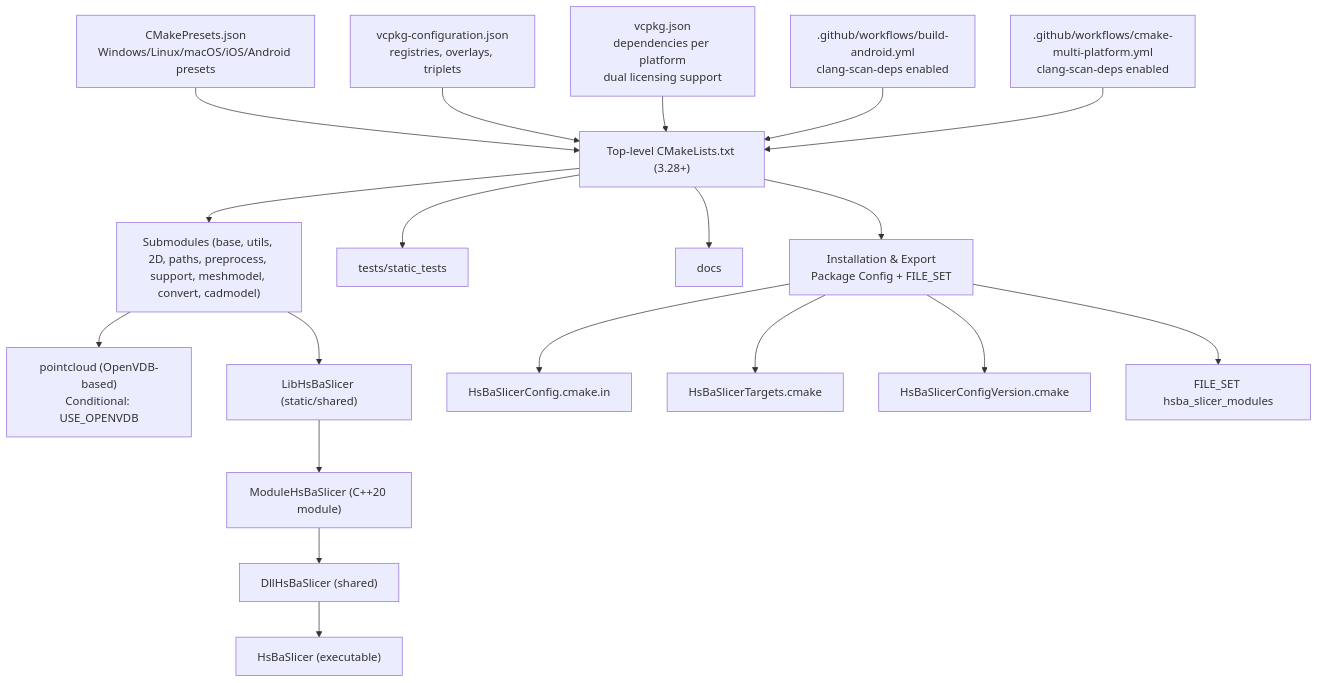
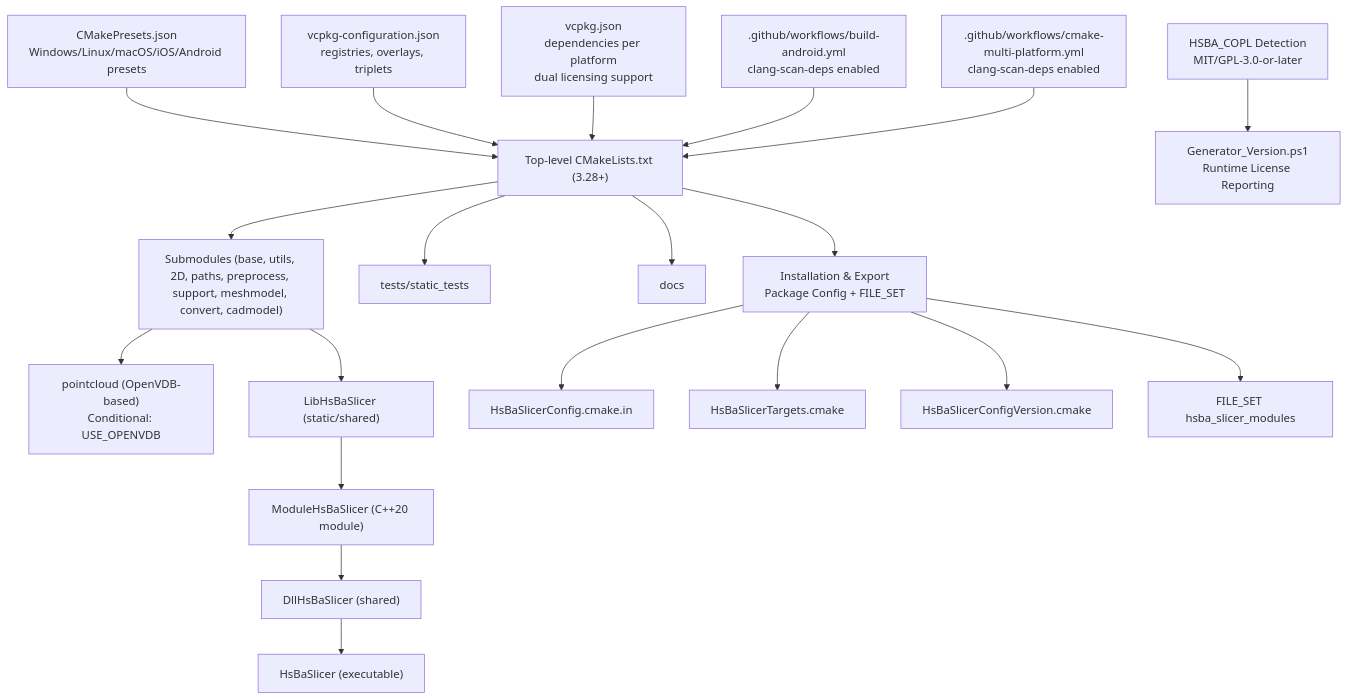
Before and after one commit to hsmbanlance/HsBaSlicer: the second of 20 diagrams in .qoder/repowiki/en/content/Getting Started/Multi-Platform Build System.md, drawn with Mermaid. The commit also changed other lines of this file and 11 other files, not shown here.

````diff
--- a/.qoder/repowiki/en/content/Getting Started/Multi-Platform Build System.md
+++ b/.qoder/repowiki/en/content/Getting Started/Multi-Platform Build System.md
@@ -146,21 +152,22 @@
 ```mermaid
 graph TB
 Presets["CMakePresets.json<br/>Windows/Linux/macOS/iOS/Android presets"] --> CMakeRoot["Top-level CMakeLists.txt (3.28+)"]
 VcpkgCfg["vcpkg-configuration.json<br/>registries, overlays, triplets"] --> CMakeRoot
 VcpkgJson["vcpkg.json<br/>dependencies per platform<br/>dual licensing support"] --> CMakeRoot
 BuildAndroid[".github/workflows/build-android.yml<br/>clang-scan-deps enabled"] --> CMakeRoot
 CMakeMulti[".github/workflows/cmake-multi-platform.yml<br/>clang-scan-deps enabled"] --> CMakeRoot
 CMakeRoot --> Modules["Submodules (base, utils, 2D, paths, preprocess, support, meshmodel, convert, cadmodel)"]
 Modules --> PointCloud["pointcloud (OpenVDB-based)<br/>Conditional: USE_OPENVDB"]
 Modules --> LibHsBaSlicer["LibHsBaSlicer (static/shared)"]
 LibHsBaSlicer --> ModuleHsBaSlicer["ModuleHsBaSlicer (C++20 module)"]
 ModuleHsBaSlicer --> DllHsBaSlicer["DllHsBaSlicer (shared)"]
 DllHsBaSlicer --> App["HsBaSlicer (executable)"]
 CMakeRoot --> Tests["tests/static_tests"]
 CMakeRoot --> Docs["docs"]
 CMakeRoot --> Install["Installation & Export<br/>Package Config + FILE_SET"]
 Install --> ConfigFile["HsBaSlicerConfig.cmake.in"]
 Install --> Targets["HsBaSlicerTargets.cmake"]
 Install --> Version["HsBaSlicerConfigVersion.cmake"]
 Install --> ModulesSet["FILE_SET hsba_slicer_modules"]
+Copyleft["HSBA_COPL Detection<br/>MIT/GPL-3.0-or-later"] --> LicenseGen["Generator_Version.ps1<br/>Runtime License Reporting"]
 ```
````
